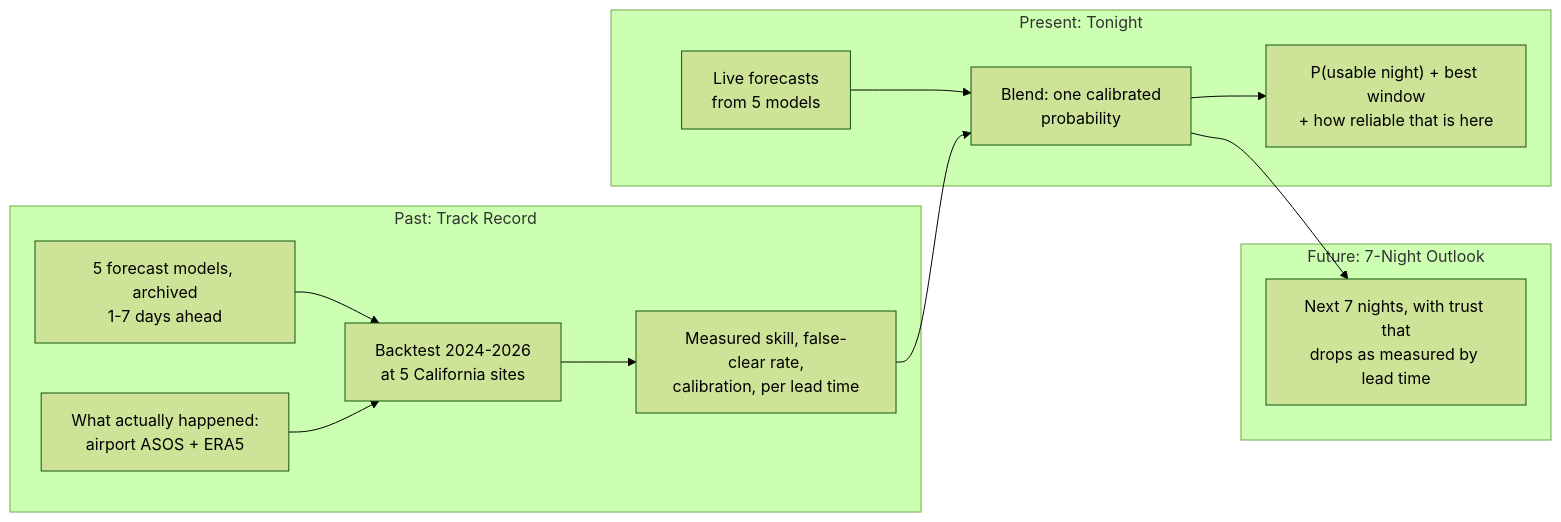
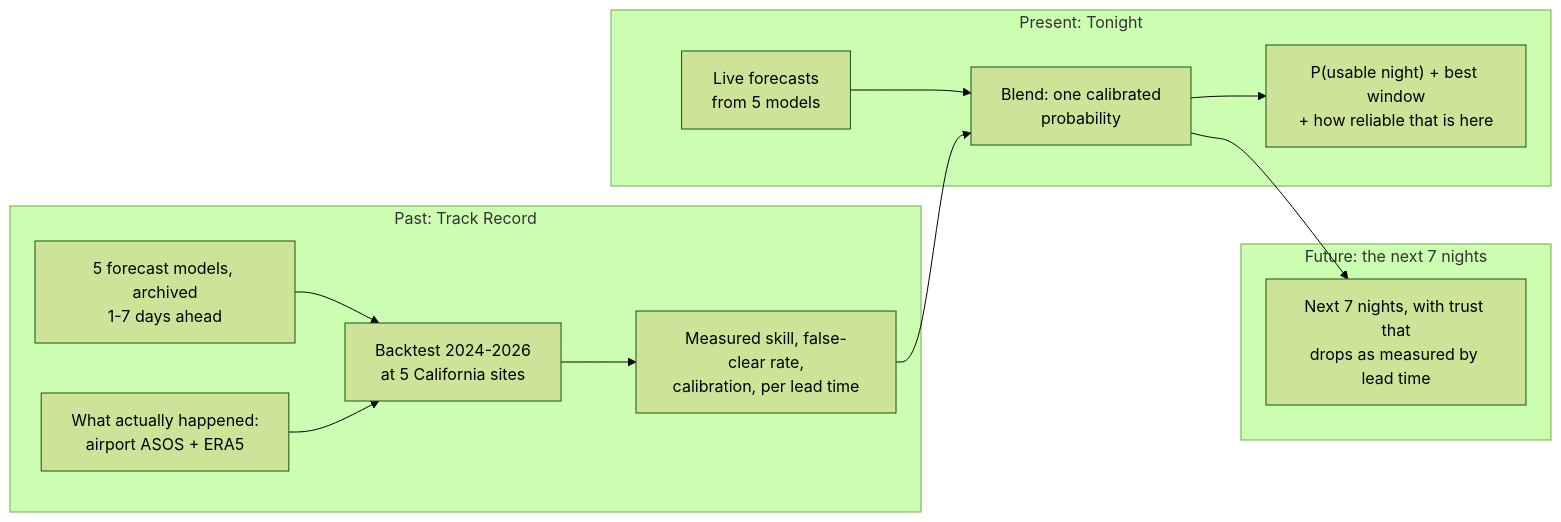
One commit to hitenjain22/skytrust changed the diagram in README.md. Above: the diagram before and after it, drawn with Mermaid (forest theme). The commit also changed other lines of this file and 7 other files, not shown here.

````diff
--- a/README.md
+++ b/README.md
@@ -27,16 +27,16 @@
 ```mermaid
 flowchart LR
     subgraph Past["Past: Track Record"]
         A[5 forecast models, archived<br/>1-7 days ahead] --> C[Backtest 2024-2026<br/>at 5 California sites]
         B[What actually happened:<br/>airport ASOS + ERA5] --> C
         C --> D[Measured skill, false-clear rate,<br/>calibration, per lead time]
     end
     subgraph Present["Present: Tonight"]
         E[Live forecasts<br/>from 5 models] --> F[Blend: one calibrated<br/>probability]
         D --> F
         F --> G["P(usable night) + best window<br/>+ how reliable that is here"]
     end
-    subgraph Future["Future: 7-Night Outlook"]
+    subgraph Future["Future: the next 7 nights"]
         F --> H[Next 7 nights, with trust that<br/>drops as measured by lead time]
     end
 ```
````
